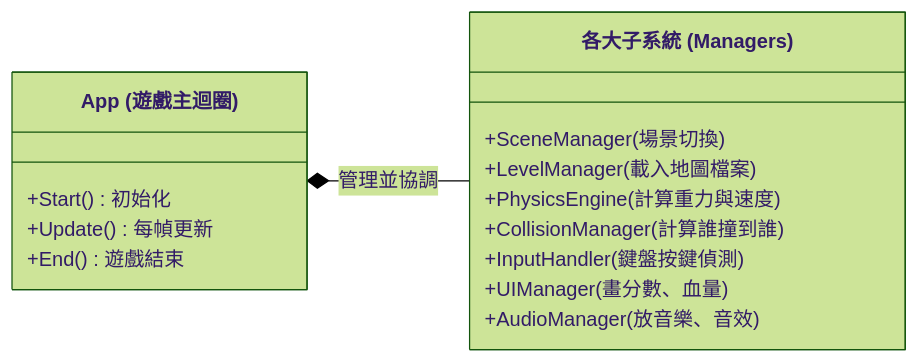
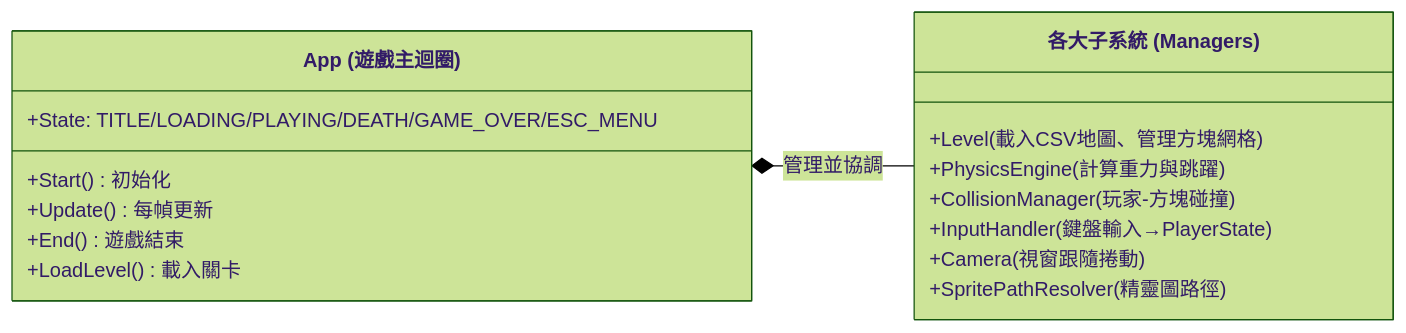
One commit to Andy87877/NTUT_OOPL_mario changed the second of 13 diagrams in Constructure.md. Above: the diagram before and after it, drawn with Mermaid (forest theme). The commit also changed other lines of this file and 17 other files, not shown here.

Commit message:
feature: Level loading and block rendering.

````diff
--- a/Constructure.md
+++ b/Constructure.md
@@ -66,22 +83,23 @@
 ```mermaid
 classDiagram
     direction LR
 
     class App["App (遊戲主迴圈)"] {
         +Start() 初始化
         +Update() 每幀更新
         +End() 遊戲結束
+        +LoadLevel() 載入關卡
+        +State: TITLE/LOADING/PLAYING/DEATH/GAME_OVER/ESC_MENU
     }
 
     class Managers["各大子系統 (Managers)"] {
-        +SceneManager (場景切換)
-        +LevelManager (載入地圖檔案)
-        +PhysicsEngine (計算重力與速度)
-        +CollisionManager (計算誰撞到誰)
-        +InputHandler (鍵盤按鍵偵測)
-        +UIManager (畫分數、血量)
-        +AudioManager (放音樂、音效)
+        +Level (載入CSV地圖、管理方塊網格)
+        +PhysicsEngine (計算重力與跳躍)
+        +CollisionManager (玩家-方塊碰撞)
+        +InputHandler (鍵盤輸入→PlayerState)
+        +Camera (視窗跟隨捲動)
+        +SpritePathResolver (精靈圖路徑)
     }
 
     App *-- Managers : 管理並協調
 ```
````
